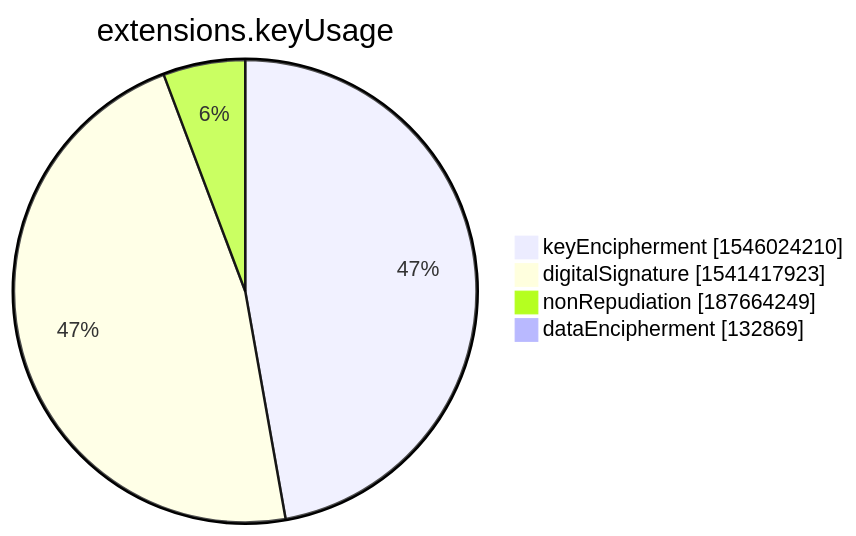
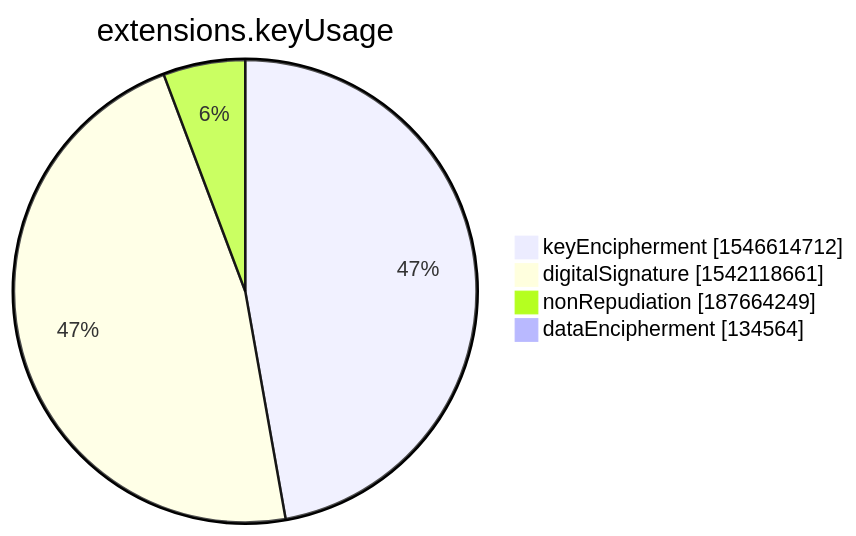
One commit to christiankrug/ctmonitor_visualization changed the seventh of 15 diagrams in xenon2022/README.md. Above: the diagram before and after it, drawn with Mermaid. The commit also changed other lines of this file, not shown here.

````diff
--- a/xenon2022/README.md
+++ b/xenon2022/README.md
@@ -2851,8 +2851,8 @@
 ```mermaid
 pie showData
 title extensions.keyUsage
-"keyEncipherment" :1546024210
-"digitalSignature" :1541417923
+"keyEncipherment" :1546614712
+"digitalSignature" :1542118661
 "nonRepudiation" :187664249
-"dataEncipherment" :132869
+"dataEncipherment" :134564
 ```
````
